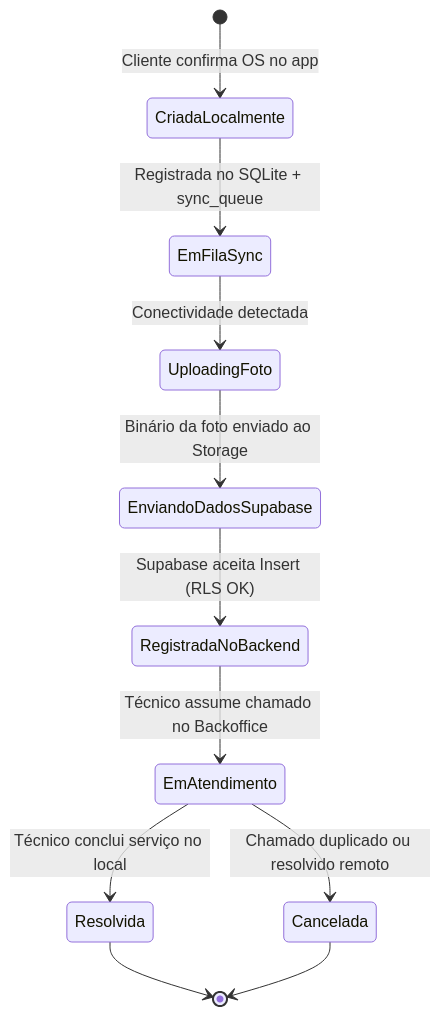
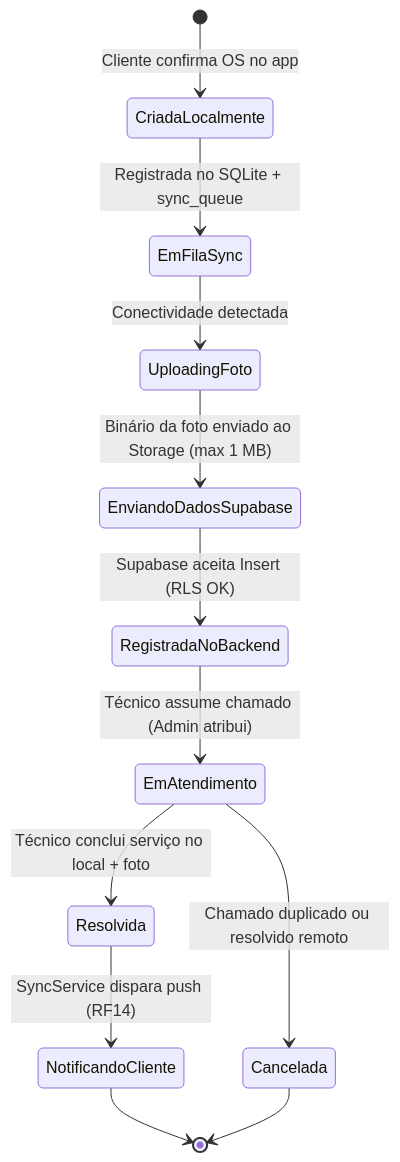
One commit to jmarques029/APPCJNET changed the fifth of 9 diagrams in docs/proposta-design-software-cjnet.md. Above: the diagram before and after it, drawn with Mermaid. The commit also changed other lines of this file, not shown here.

Commit message:
docs: adicionar secao 3.4 modelo local/remoto e politicas RLS completas; corrigir diagrama de estados OS e referencias obsoletas

````diff
--- a/docs/proposta-design-software-cjnet.md
+++ b/docs/proposta-design-software-cjnet.md
@@ -526,13 +582,14 @@
 ```mermaid
 stateDiagram-v2
     [*] --> CriadaLocalmente : Cliente confirma OS no app
     CriadaLocalmente --> EmFilaSync : Registrada no SQLite + sync_queue
     EmFilaSync --> UploadingFoto : Conectividade detectada
-    UploadingFoto --> EnviandoDadosSupabase : Binário da foto enviado ao Storage
+    UploadingFoto --> EnviandoDadosSupabase : Binário da foto enviado ao Storage (max 1 MB)
     EnviandoDadosSupabase --> RegistradaNoBackend : Supabase aceita Insert (RLS OK)
-    RegistradaNoBackend --> EmAtendimento : Técnico assume chamado no Backoffice
-    EmAtendimento --> Resolvida : Técnico conclui serviço no local
+    RegistradaNoBackend --> EmAtendimento : Técnico assume chamado (Admin atribui)
+    EmAtendimento --> Resolvida : Técnico conclui serviço no local + foto
     EmAtendimento --> Cancelada : Chamado duplicado ou resolvido remoto
-    Resolvida --> [*]
+    Resolvida --> NotificandoCliente : SyncService dispara push (RF14)
+    NotificandoCliente --> [*]
     Cancelada --> [*]
 ```
````
